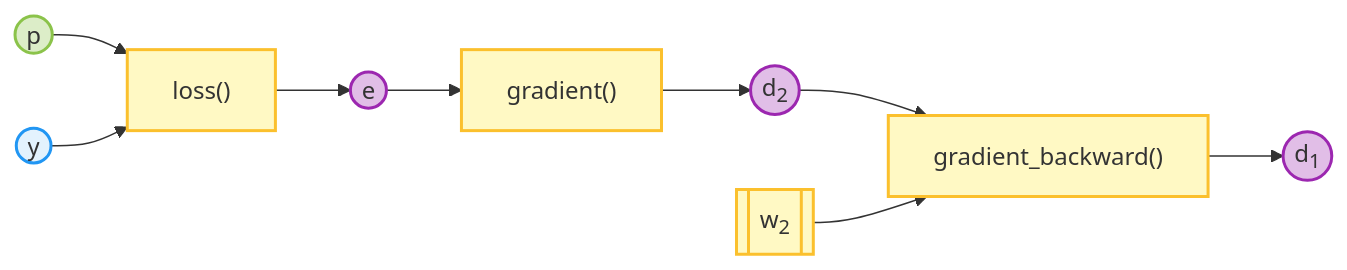
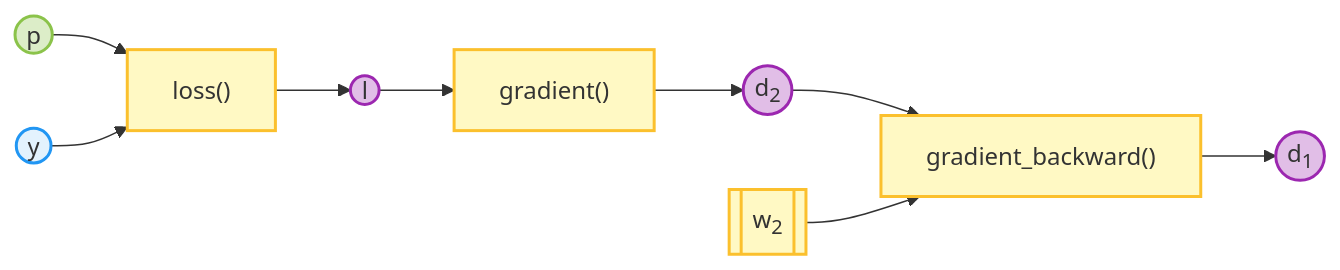
One commit to teenytinynn/from-neuron-to-chat changed the diagram in mermaid-scripts/01-layer-gradient.mmd. Above: the diagram before and after it, drawn with Mermaid. The commit also changed 8 other files, not shown here.

```diff
--- a/mermaid-scripts/01-layer-gradient.mmd
+++ b/mermaid-scripts/01-layer-gradient.mmd
@@ -1,13 +1,13 @@
 flowchart LR
     classDef in fill:#E3F2FD,stroke:#2196F3,stroke-width:2px;
     classDef model fill:#FFF9C4,stroke:#FBC02D,stroke-width:2px;
     classDef data fill:#E1BEE7,stroke:#9C27B0,stroke-width:2px;
     classDef test fill:#F8BBD0,stroke:#E91E63,stroke-width:2px;
     classDef out fill:#DCEDC8,stroke:#8BC34A,stroke-width:2px;
     classDef skip stroke:#B0BEC5,stroke-width:2px,stroke-dasharray: 5 5;
 
-    P((p)):::out --> L["loss()"]:::model --> e((e)):::data
-    e --> G1["gradient()"]:::model --> od((d<sub>2</sub>)):::data
+    P((p)):::out --> L["loss()"]:::model --> l((l)):::data
+    l --> G1["gradient()"]:::model --> od((d<sub>2</sub>)):::data
     od --> G2["gradient_backward()"]:::model --> hd((d<sub>1</sub>)):::data
     Y((y)):::in --> L
     W2[[w<sub>2</sub>]]:::model --> G2
```
